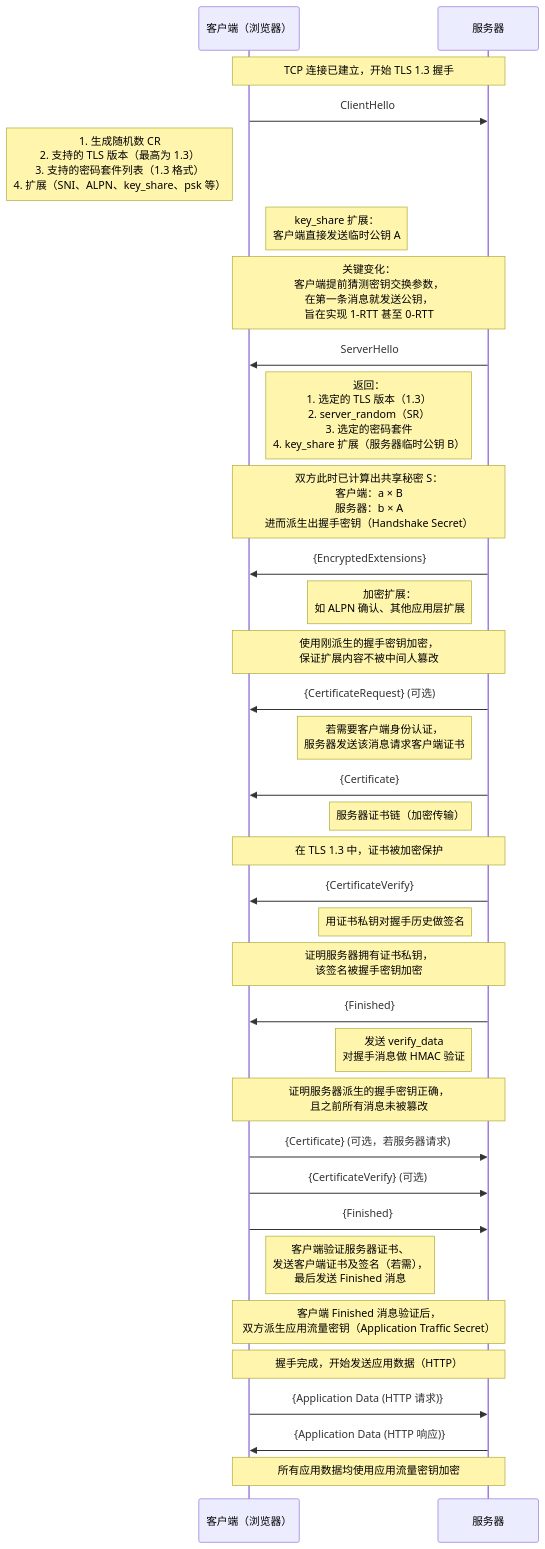
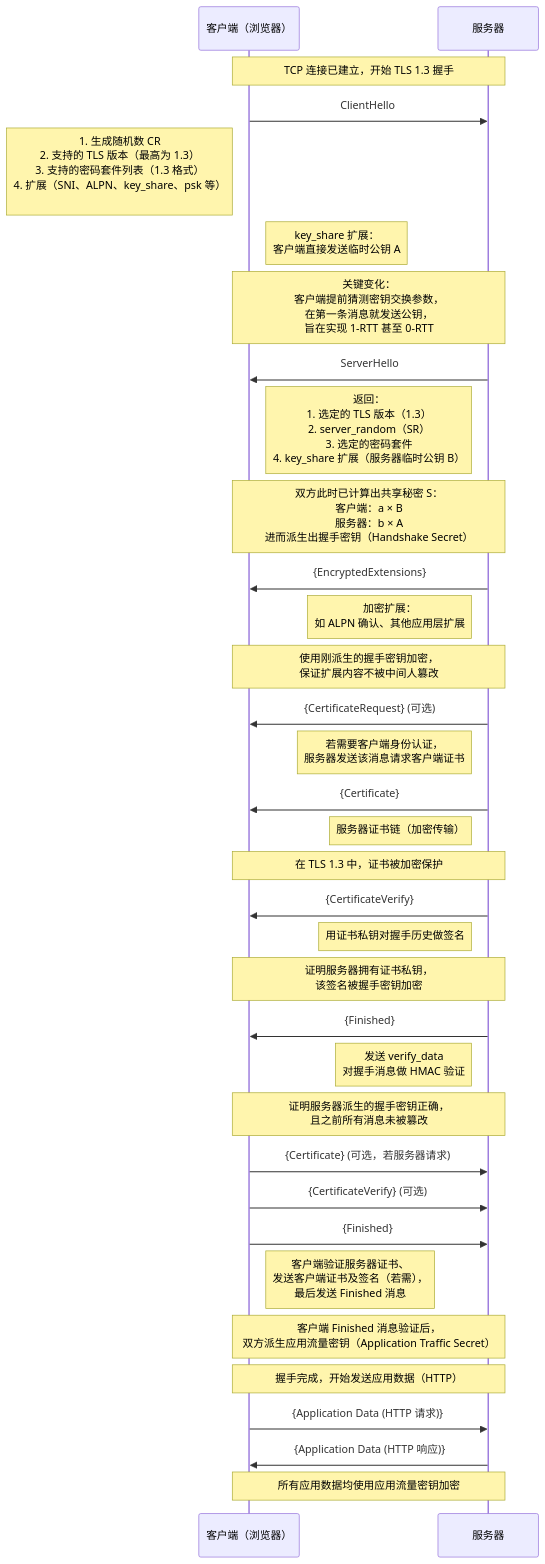
Before and after one commit to HY-10-8/iodraw-files: the diagram in all/未命名-3.md, drawn with Mermaid.

Commit message:
2026-03-30 17:23:31 update

````diff
--- a/all/未命名-3.md
+++ b/all/未命名-3.md
@@ -1,47 +1,47 @@
 ```mermaid
 sequenceDiagram
     participant C as 客户端（浏览器）
     participant S as 服务器
 
     Note over C,S: TCP 连接已建立，开始 TLS 1.3 握手
 
     C->>S: ClientHello
-    Note left of C: 1. 生成随机数 CR<br/> 2. 支持的 TLS 版本（最高为 1.3）<br/> 3. 支持的密码套件列表（1.3 格式）<br/> 4. 扩展（SNI、ALPN、key_share、psk 等）
+    Note left of C: 1. 生成随机数 CR<br/> 2. 支持的 TLS 版本（最高为 1.3）<br/> 3. 支持的密码套件列表（1.3 格式）<br/> 4. 扩展（SNI、ALPN、key_share、psk 等）<br/>
     Note right of C: key_share 扩展：<br/> 客户端直接发送临时公钥 A
     Note over C,S: 关键变化：<br/> 客户端提前猜测密钥交换参数，<br/> 在第一条消息就发送公钥，<br/> 旨在实现 1-RTT 甚至 0-RTT
 
     S->>C: ServerHello
     Note left of S: 返回：<br/> 1. 选定的 TLS 版本（1.3）<br/> 2. server_random（SR）<br/> 3. 选定的密码套件<br/> 4. key_share 扩展（服务器临时公钥 B）
     Note over C,S: 双方此时已计算出共享秘密 S：<br/> 客户端：a × B<br/> 服务器：b × A<br/> 进而派生出握手密钥（Handshake Secret）
 
     S->>C: {EncryptedExtensions}
     Note left of S: 加密扩展：<br/> 如 ALPN 确认、其他应用层扩展
     Note over C,S: 使用刚派生的握手密钥加密，<br/> 保证扩展内容不被中间人篡改
 
     S->>C: {CertificateRequest} (可选)
     Note left of S: 若需要客户端身份认证，<br/> 服务器发送该消息请求客户端证书
 
     S->>C: {Certificate}
     Note left of S: 服务器证书链（加密传输）
     Note over C,S: 在 TLS 1.3 中，证书被加密保护
 
     S->>C: {CertificateVerify}
     Note left of S: 用证书私钥对握手历史做签名
     Note over C,S: 证明服务器拥有证书私钥，<br/> 该签名被握手密钥加密
 
     S->>C: {Finished}
     Note left of S: 发送 verify_data<br/> 对握手消息做 HMAC 验证
     Note over C,S: 证明服务器派生的握手密钥正确，<br/> 且之前所有消息未被篡改
 
     C->>S: {Certificate} (可选，若服务器请求)
     C->>S: {CertificateVerify} (可选)
     C->>S: {Finished}
     Note right of C: 客户端验证服务器证书、<br/> 发送客户端证书及签名（若需），<br/> 最后发送 Finished 消息
     Note over C,S: 客户端 Finished 消息验证后，<br/> 双方派生应用流量密钥（Application Traffic Secret）
 
     Note over C,S: 握手完成，开始发送应用数据（HTTP）
 
     C->>S: {Application Data (HTTP 请求)}
     S->>C: {Application Data (HTTP 响应)}
     Note over C,S: 所有应用数据均使用应用流量密钥加密
 ```
````
